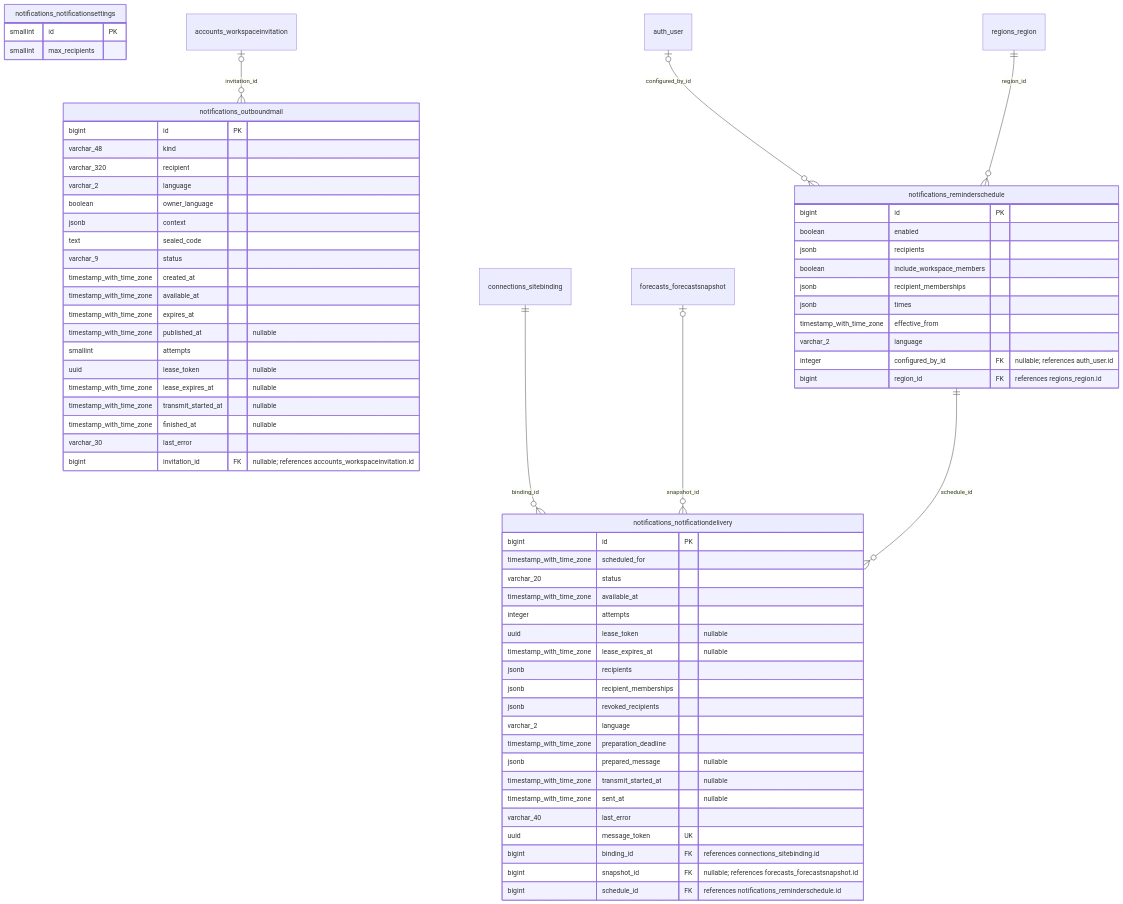
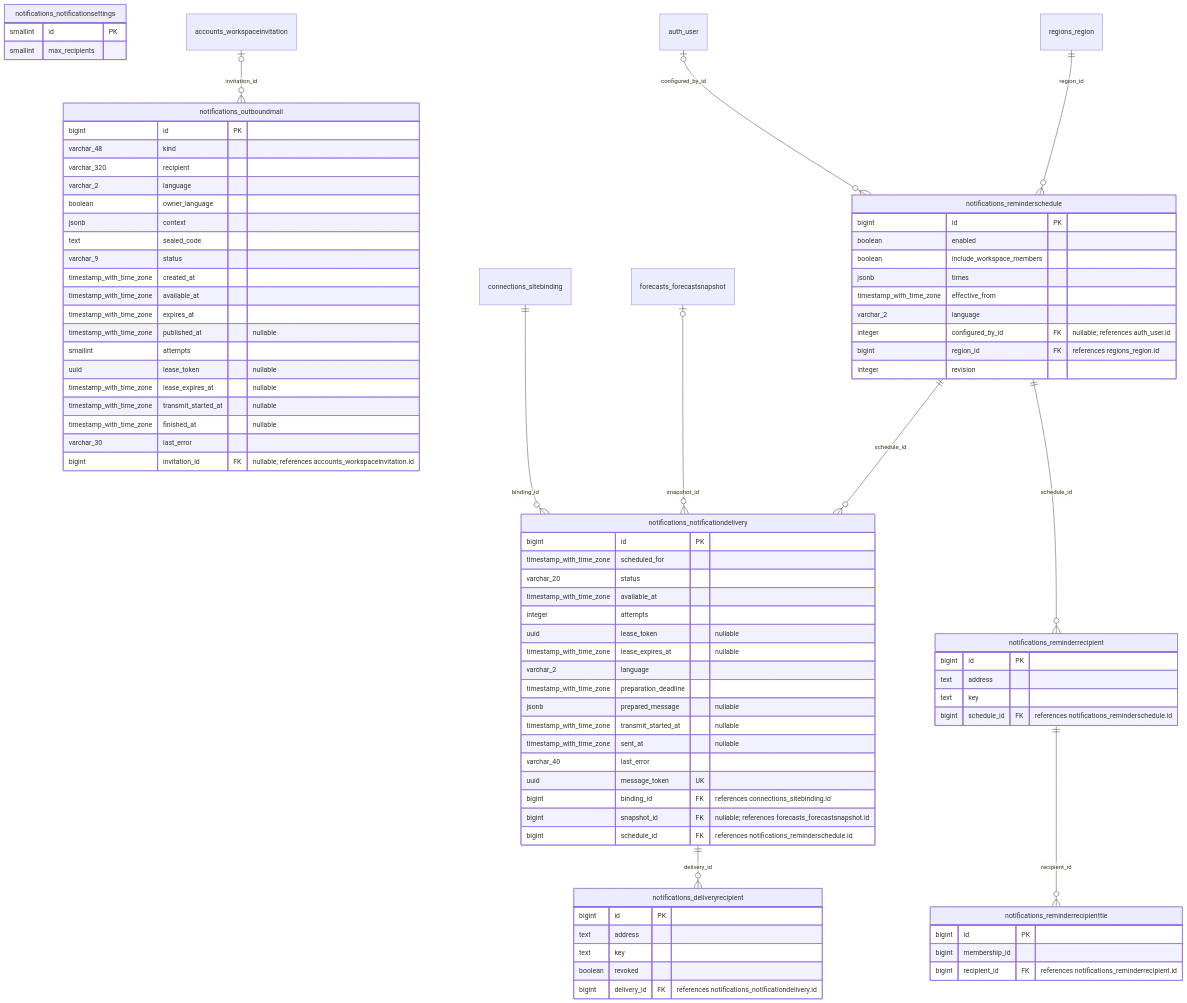
One commit to erkurtharun/pyracast changed the eighth of 18 diagrams in docs/DATA_MODEL.md. Above: the diagram before and after it, drawn with Mermaid. The commit also changed other lines of this file and 86 other files, not shown here.

````diff
--- a/docs/DATA_MODEL.md
+++ b/docs/DATA_MODEL.md
@@ -917,5 +923,12 @@
 ```mermaid
 erDiagram
+    notifications_deliveryrecipient {
+        bigint id PK
+        text address
+        text key
+        boolean revoked
+        bigint delivery_id FK "references notifications_notificationdelivery.id"
+    }
     notifications_notificationdelivery {
         bigint id PK
         timestamp_with_time_zone scheduled_for
@@ -924,9 +937,6 @@
         integer attempts
         uuid lease_token "nullable"
         timestamp_with_time_zone lease_expires_at "nullable"
-        jsonb recipients
-        jsonb recipient_memberships
-        jsonb revoked_recipients
         varchar_2 language
         timestamp_with_time_zone preparation_deadline
         jsonb prepared_message "nullable"
@@ -963,22 +973,35 @@
         varchar_30 last_error
         bigint invitation_id FK "nullable; references accounts_workspaceinvitation.id"
     }
+    notifications_reminderrecipient {
+        bigint id PK
+        text address
+        text key
+        bigint schedule_id FK "references notifications_reminderschedule.id"
+    }
+    notifications_reminderrecipienttie {
+        bigint id PK
+        bigint membership_id
+        bigint recipient_id FK "references notifications_reminderrecipient.id"
+    }
     notifications_reminderschedule {
         bigint id PK
         boolean enabled
-        jsonb recipients
         boolean include_workspace_members
-        jsonb recipient_memberships
         jsonb times
         timestamp_with_time_zone effective_from
         varchar_2 language
         integer configured_by_id FK "nullable; references auth_user.id"
         bigint region_id FK "references regions_region.id"
+        integer revision
     }
+    notifications_notificationdelivery ||--o{ notifications_deliveryrecipient : "delivery_id"
     connections_sitebinding ||--o{ notifications_notificationdelivery : "binding_id"
     forecasts_forecastsnapshot |o--o{ notifications_notificationdelivery : "snapshot_id"
     notifications_reminderschedule ||--o{ notifications_notificationdelivery : "schedule_id"
     accounts_workspaceinvitation |o--o{ notifications_outboundmail : "invitation_id"
+    notifications_reminderschedule ||--o{ notifications_reminderrecipient : "schedule_id"
+    notifications_reminderrecipient ||--o{ notifications_reminderrecipienttie : "recipient_id"
     auth_user |o--o{ notifications_reminderschedule : "configured_by_id"
     regions_region ||--o{ notifications_reminderschedule : "region_id"
 ```
````
